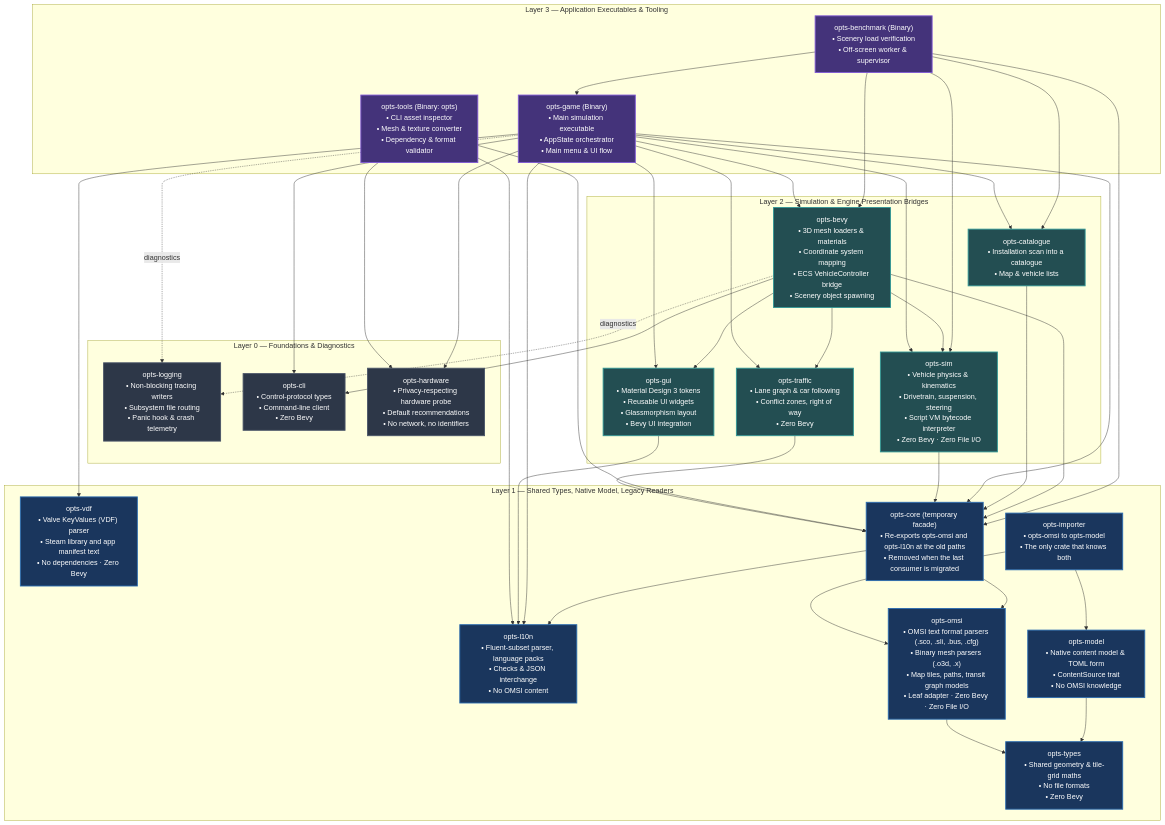
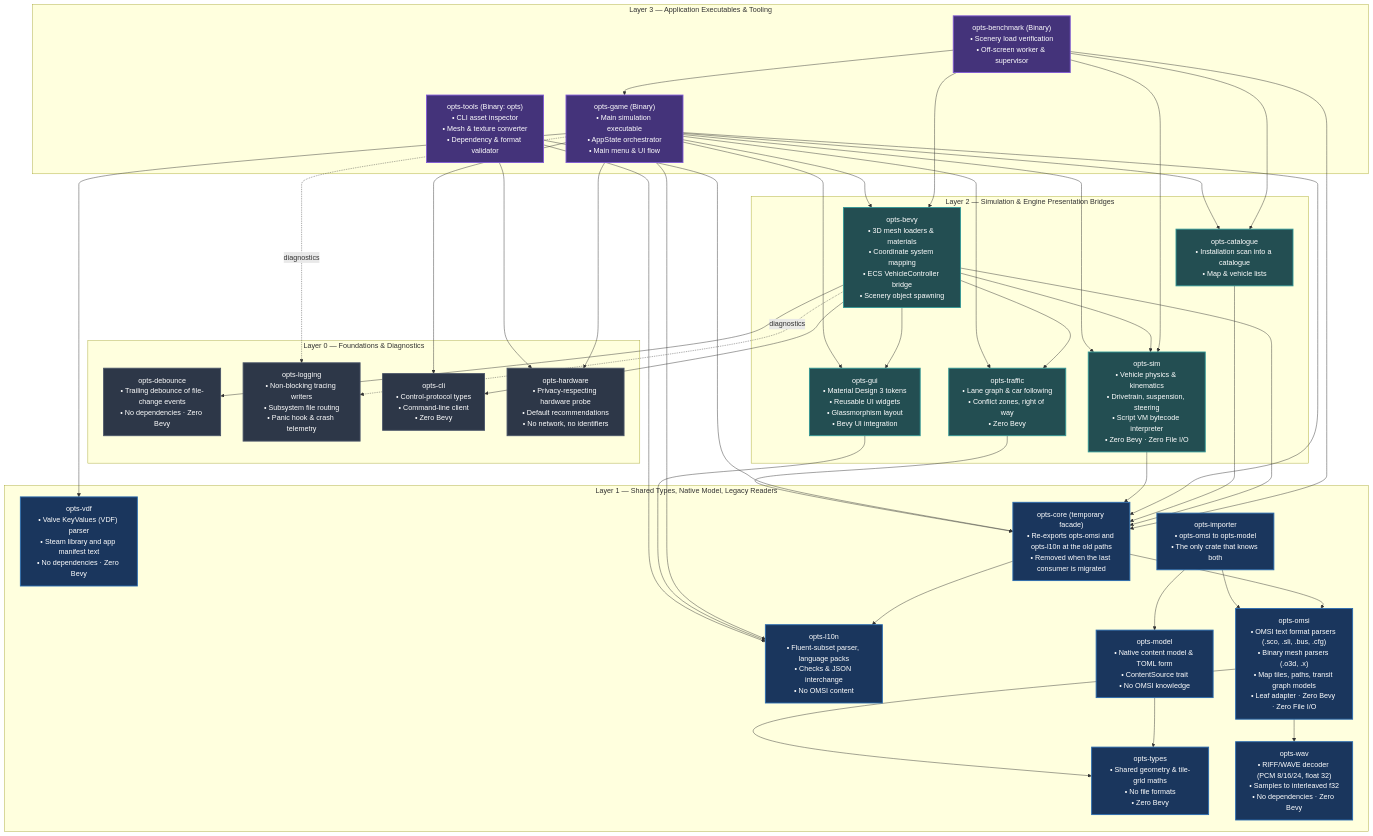
The diagram in docs/src/architecture/crate-graph.md (louisgoodnews/opts), drawn with Mermaid before and after one commit. The commit also changed other lines of this file and 26 other files, not shown here.

First line of the commit message:
feat(opts-bevy, opts-game, opts-omsi): exhaust outlet from the model's smoke emitter (M-0117, ISS-038)

````diff
--- a/docs/src/architecture/crate-graph.md
+++ b/docs/src/architecture/crate-graph.md
@@ -11,78 +11,82 @@
 ```mermaid
 graph TD
     classDef foundation fill:#2d3748,stroke:#4a5568,stroke-width:2px,color:#fff;
     classDef domain fill:#1a365d,stroke:#2b6cb0,stroke-width:2px,color:#fff;
     classDef bridge fill:#234e52,stroke:#319795,stroke-width:2px,color:#fff;
     classDef app fill:#44337a,stroke:#805ad5,stroke-width:2px,color:#fff;
 
     %% Layer 0: Foundations
     subgraph L0 ["Layer 0 — Foundations & Diagnostics"]
+        opts_debounce["opts-debounce<br/>• Trailing debounce of file-change events<br/>• No dependencies · Zero Bevy"]:::foundation
         opts_logging["opts-logging<br/>• Non-blocking tracing writers<br/>• Subsystem file routing<br/>• Panic hook & crash telemetry"]:::foundation
         opts_cli["opts-cli<br/>• Control-protocol types<br/>• Command-line client<br/>• Zero Bevy"]:::foundation
         opts_hardware["opts-hardware<br/>• Privacy-respecting hardware probe<br/>• Default recommendations<br/>• No network, no identifiers"]:::foundation
     end
 
     %% Layer 1: Domain Core & Parsers
     subgraph L1 ["Layer 1 — Shared Types, Native Model, Legacy Readers"]
         opts_types["opts-types<br/>• Shared geometry & tile-grid maths<br/>• No file formats<br/>• Zero Bevy"]:::domain
         opts_l10n["opts-l10n<br/>• Fluent-subset parser, language packs<br/>• Checks & JSON interchange<br/>• No OMSI content"]:::domain
         opts_omsi["opts-omsi<br/>• OMSI text format parsers (.sco, .sli, .bus, .cfg)<br/>• Binary mesh parsers (.o3d, .x)<br/>• Map tiles, paths, transit graph models<br/>• Leaf adapter · Zero Bevy · Zero File I/O"]:::domain
+        opts_wav["opts-wav<br/>• RIFF/WAVE decoder (PCM 8/16/24, float 32)<br/>• Samples to interleaved f32<br/>• No dependencies · Zero Bevy"]:::domain
         opts_vdf["opts-vdf<br/>• Valve KeyValues (VDF) parser<br/>• Steam library and app manifest text<br/>• No dependencies · Zero Bevy"]:::domain
         opts_model["opts-model<br/>• Native content model & TOML form<br/>• ContentSource trait<br/>• No OMSI knowledge"]:::domain
         opts_importer["opts-importer<br/>• opts-omsi to opts-model<br/>• The only crate that knows both"]:::domain
         opts_core["opts-core (temporary facade)<br/>• Re-exports opts-omsi and opts-l10n at the old paths<br/>• Removed when the last consumer is migrated"]:::domain
     end
 
     %% Layer 2: Domain Simulation & Engine Bridges
     subgraph L2 ["Layer 2 — Simulation & Engine Presentation Bridges"]
         opts_sim["opts-sim<br/>• Vehicle physics & kinematics<br/>• Drivetrain, suspension, steering<br/>• Script VM bytecode interpreter<br/>• Zero Bevy · Zero File I/O"]:::bridge
         opts_traffic["opts-traffic<br/>• Lane graph & car following<br/>• Conflict zones, right of way<br/>• Zero Bevy"]:::bridge
         opts_catalogue["opts-catalogue<br/>• Installation scan into a catalogue<br/>• Map & vehicle lists"]:::bridge
         opts_gui["opts-gui<br/>• Material Design 3 tokens<br/>• Reusable UI widgets<br/>• Glassmorphism layout<br/>• Bevy UI integration"]:::bridge
         opts_bevy["opts-bevy<br/>• 3D mesh loaders & materials<br/>• Coordinate system mapping<br/>• ECS VehicleController bridge<br/>• Scenery object spawning"]:::bridge
     end
 
     %% Layer 3: Application Executables & Tools
     subgraph L3 ["Layer 3 — Application Executables & Tooling"]
         opts_game["opts-game (Binary)<br/>• Main simulation executable<br/>• AppState orchestrator<br/>• Main menu & UI flow"]:::app
         opts_benchmark["opts-benchmark (Binary)<br/>• Scenery load verification<br/>• Off-screen worker & supervisor"]:::app
         opts_tools["opts-tools (Binary: opts)<br/>• CLI asset inspector<br/>• Mesh & texture converter<br/>• Dependency & format validator"]:::app
     end
 
     %% Dependencies
     opts_benchmark --> opts_bevy
     opts_benchmark --> opts_catalogue
     opts_benchmark --> opts_core
     opts_benchmark --> opts_game
     opts_benchmark --> opts_sim
     opts_bevy --> opts_cli
+    opts_bevy --> opts_debounce
     opts_bevy --> opts_core
     opts_bevy --> opts_gui
     opts_bevy -.->|diagnostics| opts_logging
     opts_bevy --> opts_sim
     opts_bevy --> opts_traffic
     opts_catalogue --> opts_core
     opts_core --> opts_l10n
     opts_core --> opts_omsi
     opts_game --> opts_bevy
     opts_game --> opts_catalogue
     opts_game --> opts_cli
     opts_game --> opts_core
     opts_game --> opts_gui
     opts_game --> opts_hardware
     opts_game --> opts_l10n
     opts_game -.->|diagnostics| opts_logging
     opts_game --> opts_sim
     opts_game --> opts_traffic
     opts_game --> opts_vdf
     opts_gui --> opts_l10n
     opts_importer --> opts_model
     opts_importer --> opts_omsi
     opts_model --> opts_types
     opts_omsi --> opts_types
+    opts_omsi --> opts_wav
     opts_sim --> opts_core
     opts_tools --> opts_core
     opts_tools --> opts_hardware
     opts_tools --> opts_l10n
     opts_traffic --> opts_core
 ```
````
